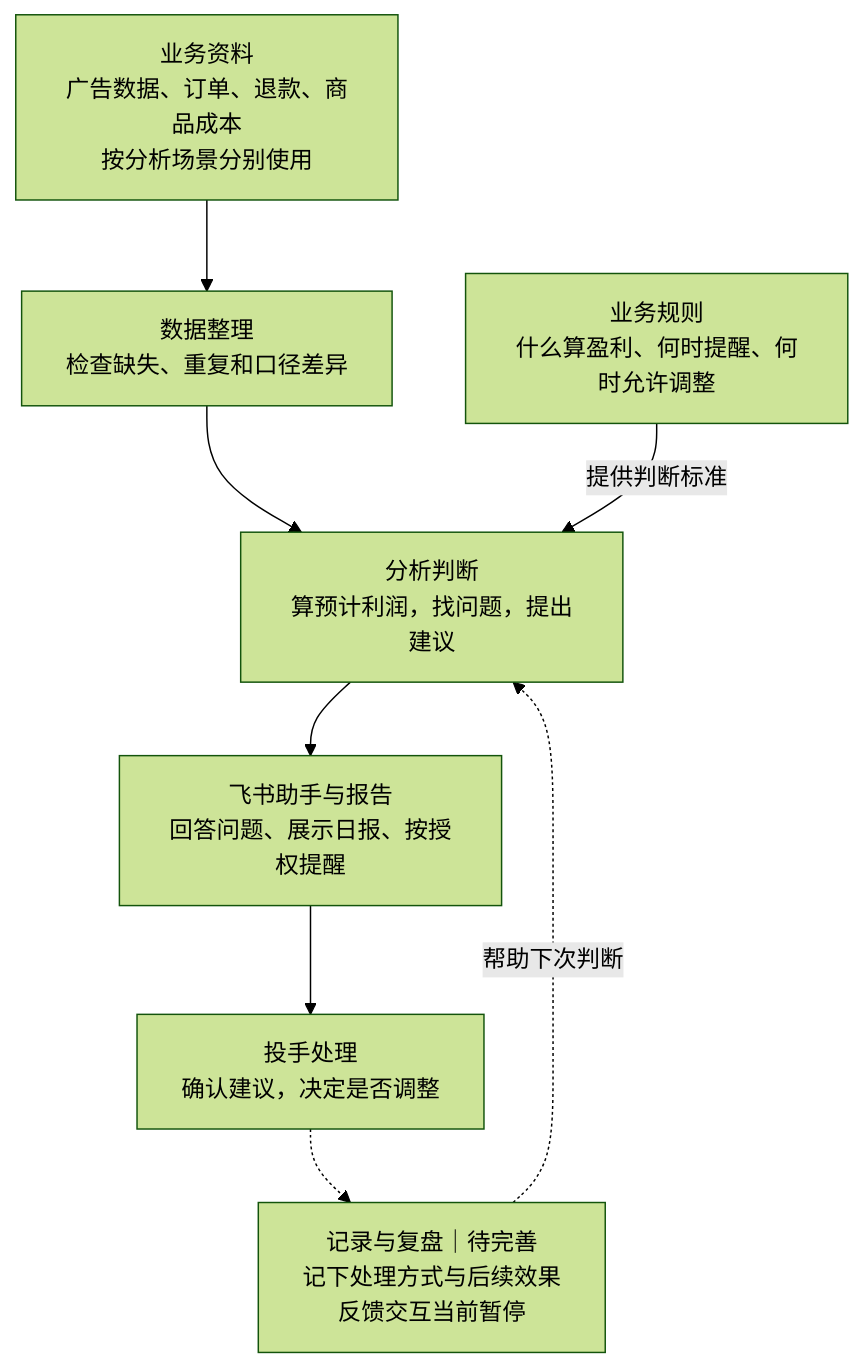
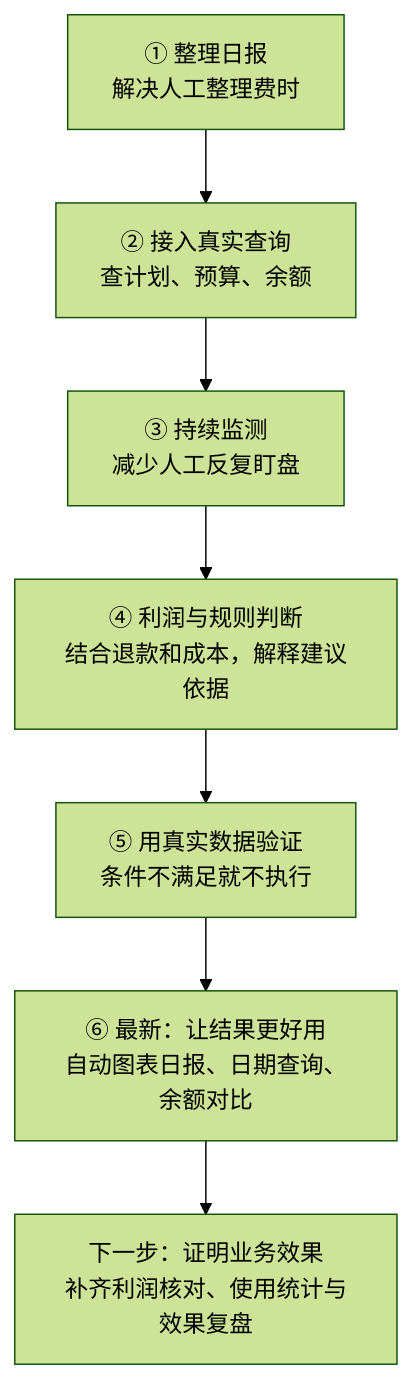
Before and after one commit to DANCHE-MAX/qianchuan-agent: the second of 2 diagrams in README.md, drawn with Mermaid (forest theme). The commit also changed other lines of this file and 4 other files, not shown here.

````diff
--- a/README.md
+++ b/README.md
@@ -90,14 +63,9 @@
 ```mermaid
 flowchart TD
-    A["业务资料<br/>广告数据、订单、退款、商品成本<br/>按分析场景分别使用"]
-    B["数据整理<br/>检查缺失、重复和口径差异"]
-    C["分析判断<br/>算预计利润，找问题，提出建议"]
-    D["飞书助手与报告<br/>回答问题、展示日报、按授权提醒"]
-    E["投手处理<br/>确认建议，决定是否调整"]
-    F["记录与复盘｜待完善<br/>记下处理方式与后续效果<br/>反馈交互当前暂停"]
-    G["业务规则<br/>什么算盈利、何时提醒、何时允许调整"]
-    A --> B --> C --> D --> E
-    E -.-> F
-    F -. "帮助下次判断" .-> C
-    G -->|提供判断标准| C
+    A["① 整理日报<br/>解决人工整理费时"] --> B["② 接入真实查询<br/>查计划、预算、余额"]
+    B --> C["③ 持续监测<br/>减少人工反复盯盘"]
+    C --> D["④ 利润与规则判断<br/>结合退款和成本，解释建议依据"]
+    D --> E["⑤ 用真实数据验证<br/>条件不满足就不执行"]
+    E --> F["⑥ 最新：让结果更好用<br/>自动图表日报、日期查询、余额对比"]
+    F --> G["下一步：证明业务效果<br/>补齐利润核对、使用统计与效果复盘"]
 ```
````
